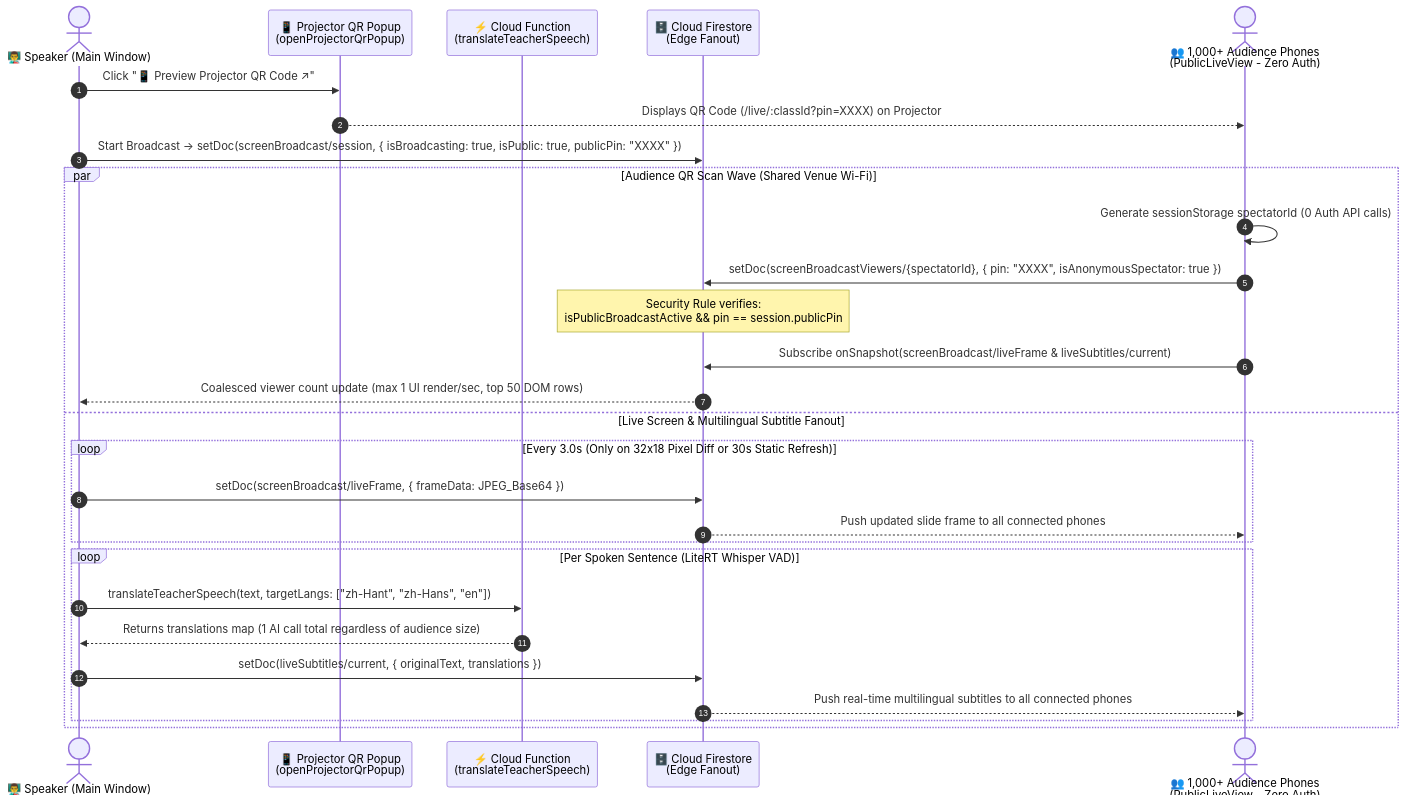
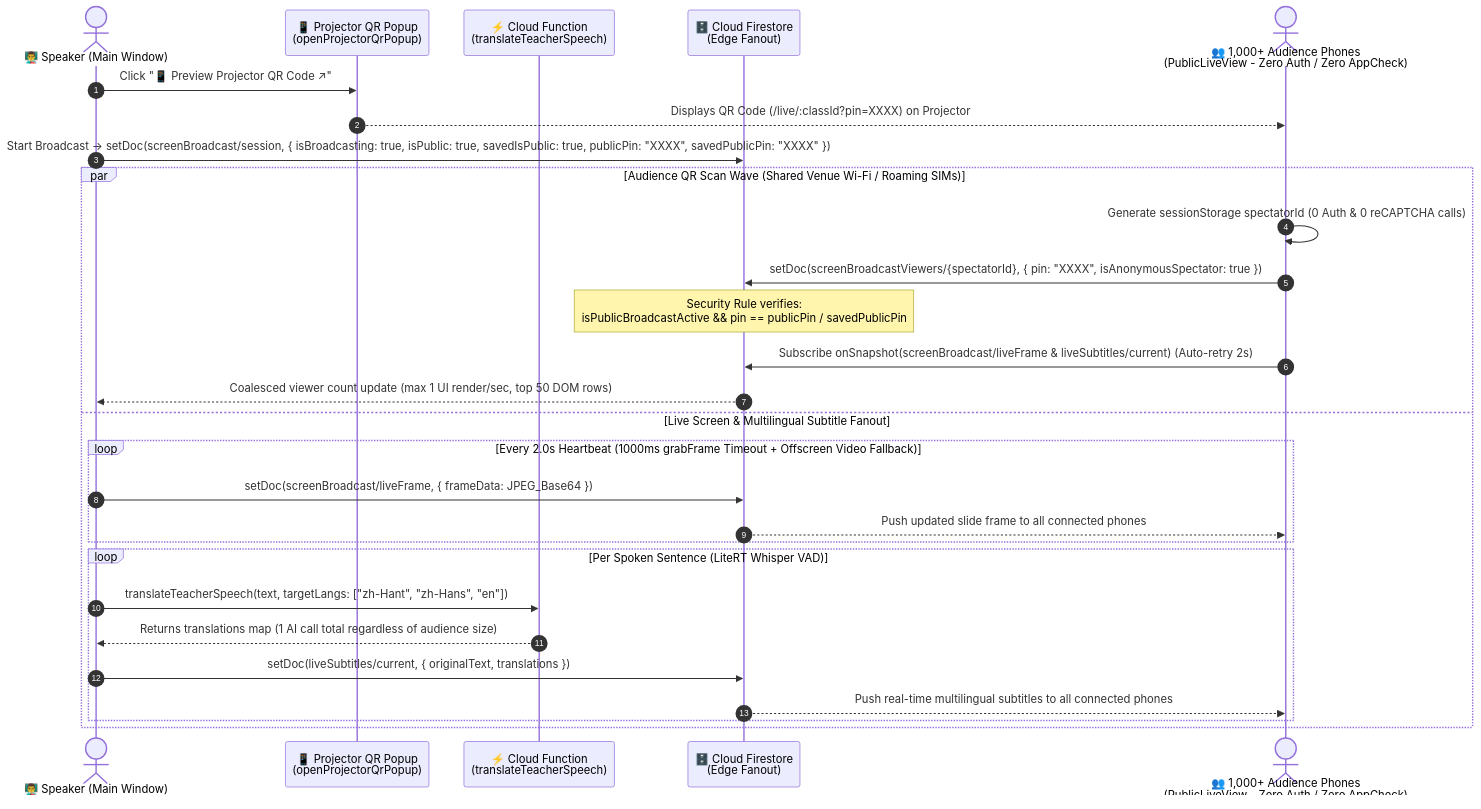
The third of 3 diagrams in docs/live-subtitles-and-multilingual-captions.md (wongcyrus/Google-AI-Classroom), drawn with Mermaid before and after one commit. The commit also changed other lines of this file and 4 other files, not shown here.

Commit message:
docs: update screen broadcast & zero-auth public live view reliability docs

````diff
--- a/docs/live-subtitles-and-multilingual-captions.md
+++ b/docs/live-subtitles-and-multilingual-captions.md
@@ -385,32 +387,32 @@
 ```mermaid
 sequenceDiagram
     autonumber
     actor Speaker as 👨‍🏫 Speaker (Main Window)
     participant Popup as 📱 Projector QR Popup<br/>(openProjectorQrPopup)
     participant CF as ⚡ Cloud Function<br/>(translateTeacherSpeech)
     participant FS as 🗄️ Cloud Firestore<br/>(Edge Fanout)
-    actor Audience as 👥 1,000+ Audience Phones<br/>(PublicLiveView - Zero Auth)
+    actor Audience as 👥 1,000+ Audience Phones<br/>(PublicLiveView - Zero Auth / Zero AppCheck)
 
     Speaker->>Popup: Click "📱 Preview Projector QR Code ↗"
     Popup-->>Audience: Displays QR Code (/live/:classId?pin=XXXX) on Projector
-    Speaker->>FS: Start Broadcast -> setDoc(screenBroadcast/session, { isBroadcasting: true, isPublic: true, publicPin: "XXXX" })
+    Speaker->>FS: Start Broadcast -> setDoc(screenBroadcast/session, { isBroadcasting: true, isPublic: true, savedIsPublic: true, publicPin: "XXXX", savedPublicPin: "XXXX" })
 
-    par Audience QR Scan Wave (Shared Venue Wi-Fi)
-        Audience->>Audience: Generate sessionStorage spectatorId (0 Auth API calls)
+    par Audience QR Scan Wave (Shared Venue Wi-Fi / Roaming SIMs)
+        Audience->>Audience: Generate sessionStorage spectatorId (0 Auth & 0 reCAPTCHA calls)
         Audience->>FS: setDoc(screenBroadcastViewers/{spectatorId}, { pin: "XXXX", isAnonymousSpectator: true })
-        Note over FS: Security Rule verifies:<br/>isPublicBroadcastActive && pin == session.publicPin
-        Audience->>FS: Subscribe onSnapshot(screenBroadcast/liveFrame & liveSubtitles/current)
+        Note over FS: Security Rule verifies:<br/>isPublicBroadcastActive && pin == publicPin / savedPublicPin
+        Audience->>FS: Subscribe onSnapshot(screenBroadcast/liveFrame & liveSubtitles/current) (Auto-retry 2s)
         FS-->>Speaker: Coalesced viewer count update (max 1 UI render/sec, top 50 DOM rows)
     and Live Screen & Multilingual Subtitle Fanout
-        loop Every 3.0s (Only on 32x18 Pixel Diff or 30s Static Refresh)
+        loop Every 2.0s Heartbeat (1000ms grabFrame Timeout + Offscreen Video Fallback)
             Speaker->>FS: setDoc(screenBroadcast/liveFrame, { frameData: JPEG_Base64 })
             FS-->>Audience: Push updated slide frame to all connected phones
         end
         loop Per Spoken Sentence (LiteRT Whisper VAD)
             Speaker->>CF: translateTeacherSpeech(text, targetLangs: ["zh-Hant", "zh-Hans", "en"])
             CF-->>Speaker: Returns translations map (1 AI call total regardless of audience size)
             Speaker->>FS: setDoc(liveSubtitles/current, { originalText, translations })
             FS-->>Audience: Push real-time multilingual subtitles to all connected phones
         end
     end
 ```
````
